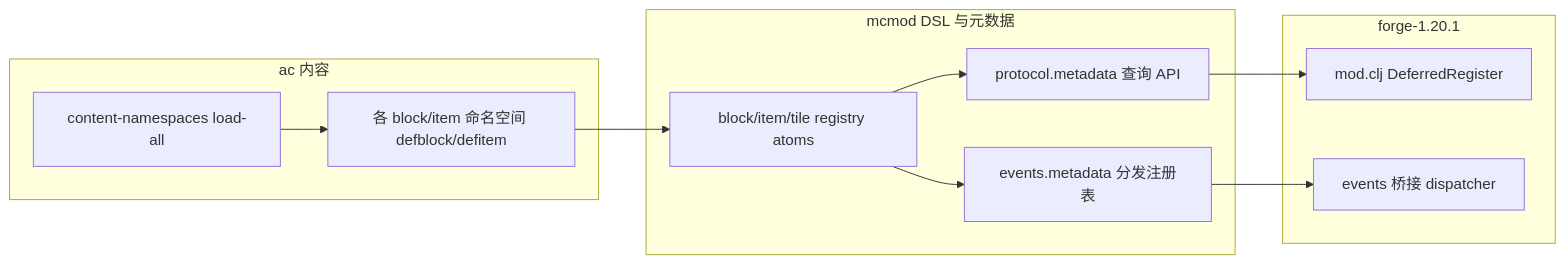
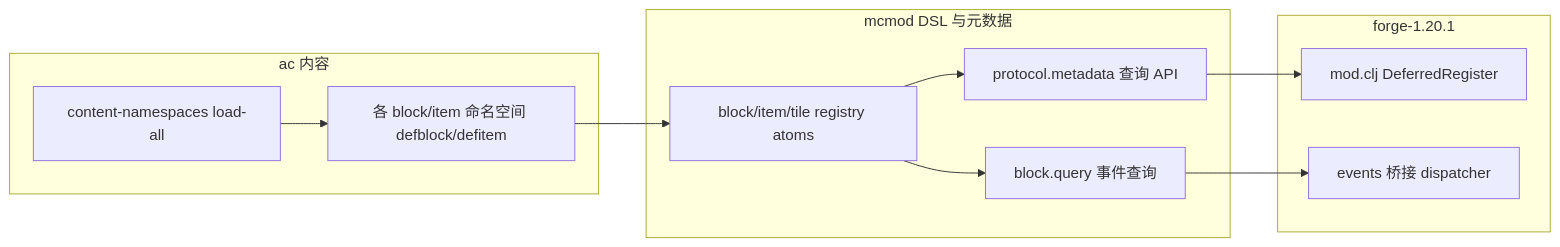
The diagram in minecraftmod/docs/01-overview/Project_Summary_CN.md (zeldacl/clojure-academy-v2), drawn with Mermaid before and after one commit. The commit also changed other lines of this file and 162 other files, not shown here.

````diff
--- a/minecraftmod/docs/01-overview/Project_Summary_CN.md
+++ b/minecraftmod/docs/01-overview/Project_Summary_CN.md
@@ -29,22 +29,22 @@
 ```mermaid
 flowchart LR
   subgraph ac [ac 内容]
     CN[content-namespaces load-all]
     BL[各 block/item 命名空间 defblock/defitem]
   end
   subgraph mcmod [mcmod DSL 与元数据]
     R[block/item/tile registry atoms]
     RM[protocol.metadata 查询 API]
-    EM[events.metadata 分发注册表]
+    BQ[block.query 事件查询]
   end
   subgraph forge [forge-1.20.1]
     M[mod.clj DeferredRegister]
     EV[events 桥接 dispatcher]
   end
   BL --> R
   CN --> BL
   R --> RM
   RM --> M
-  R --> EM
-  EM --> EV
+  R --> BQ
+  BQ --> EV
 ```
````
